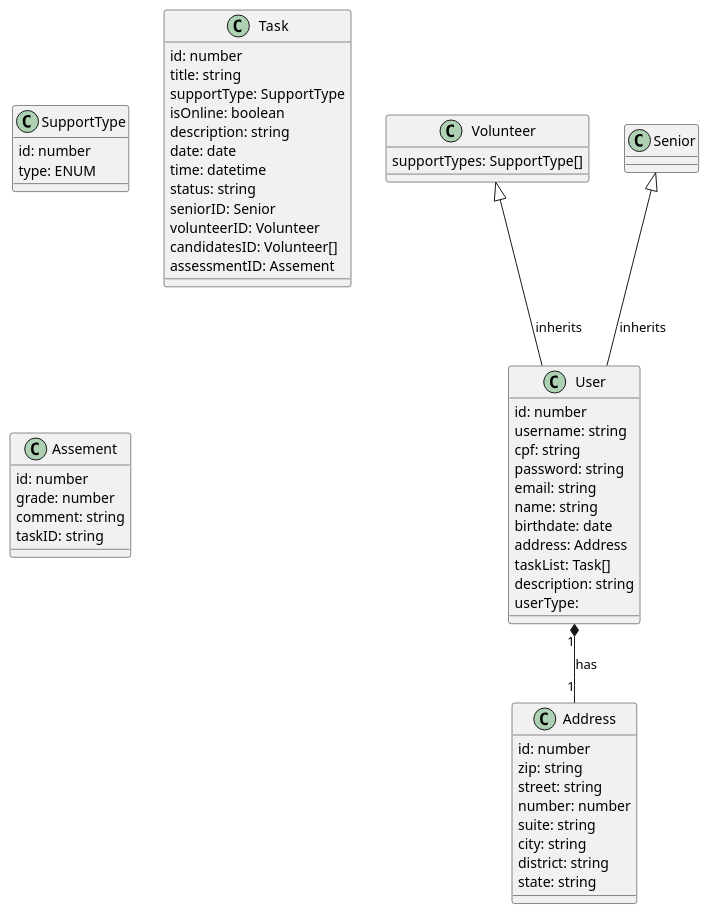
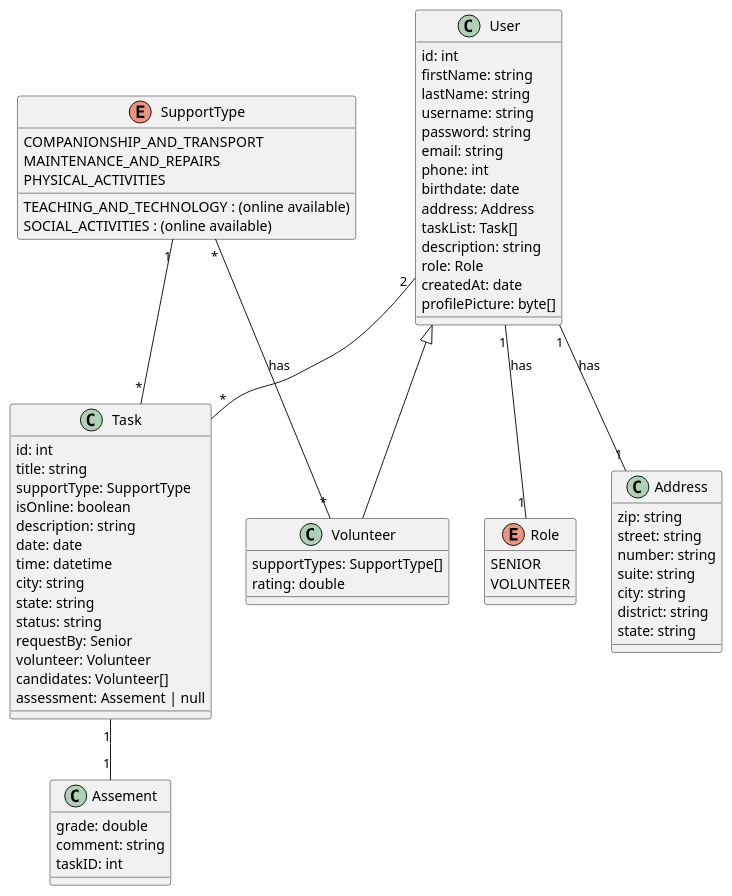
One commit to StartDB/db-desafio-rachel-gustavo changed the diagram in Diagrama.puml. Above: the diagram before and after it, drawn with PlantUML.

Commit message:
Update Diagrama.puml
Final do diagrama inicial

#1 Diagrama UML

```diff
--- a/Diagrama.puml
+++ b/Diagrama.puml
@@ -1,66 +1,78 @@
 @startuml
 class User {
-  id: number
+  id: int
+  firstName: string
+  lastName: string
   username: string
-  cpf: string
   password: string
   email: string
-  name: string
+  phone: int
   birthdate: date
   address: Address
   taskList: Task[]
   description: string
-  userType: 
+  role: Role
+  createdAt: date
+  profilePicture: byte[]
+}
+
+class Volunteer {
+ supportTypes: SupportType[]
+ rating: double
+}
+
+class Task {
+  id: int
+  title: string
+  supportType: SupportType
+  isOnline: boolean
+  description: string
+  date: date
+  time: datetime
+  city: string
+  state: string
+  status: string
+  requestBy: Senior
+  volunteer: Volunteer
+  candidates: Volunteer[]
+  assessment: Assement | null
 }
 
 class Address {
-  id: number
   zip: string
   street: string
-  number: number
+  number: string
   suite: string
   city: string
   district: string
   state: string
 }
 
-class SupportType {
- id: number
- type: ENUM
+class Assement {
+  grade: double
+  comment: string
+  taskID: int
+} 
+
+enum Role {
+  SENIOR
+  VOLUNTEER
 }
 
-class Volunteer {
- supportTypes: SupportType[]
+enum SupportType {
+  COMPANIONSHIP_AND_TRANSPORT
+  MAINTENANCE_AND_REPAIRS
+  TEACHING_AND_TECHNOLOGY : (online available)
+  SOCIAL_ACTIVITIES : (online available)
+  PHYSICAL_ACTIVITIES
 }
 
-class Senior {
- 
-}
+Task "1" -- "1" Assement
+SupportType "1" -- "*" Task
+SupportType "*" -- "*" Volunteer : has
+User "2" -- "*" Task
+User "1" -- "1" Role : has
+User "1" -- "1" Address : has
+User <|-- Volunteer
 
-class Task {
-id: number
-title: string
-supportType: SupportType
-isOnline: boolean
-description: string
-date: date
-time: datetime
-status: string
-seniorID: Senior
-volunteerID: Volunteer
-candidatesID: Volunteer[]
-assessmentID: Assement 
-}
-
-class Assement {
-id: number
-grade: number
-comment: string
-taskID: string
-} 
-
-
-User "1" *-- "1" Address : has
-Volunteer <|-- User : inherits
-Senior <|-- User : inherits
 @enduml
```
